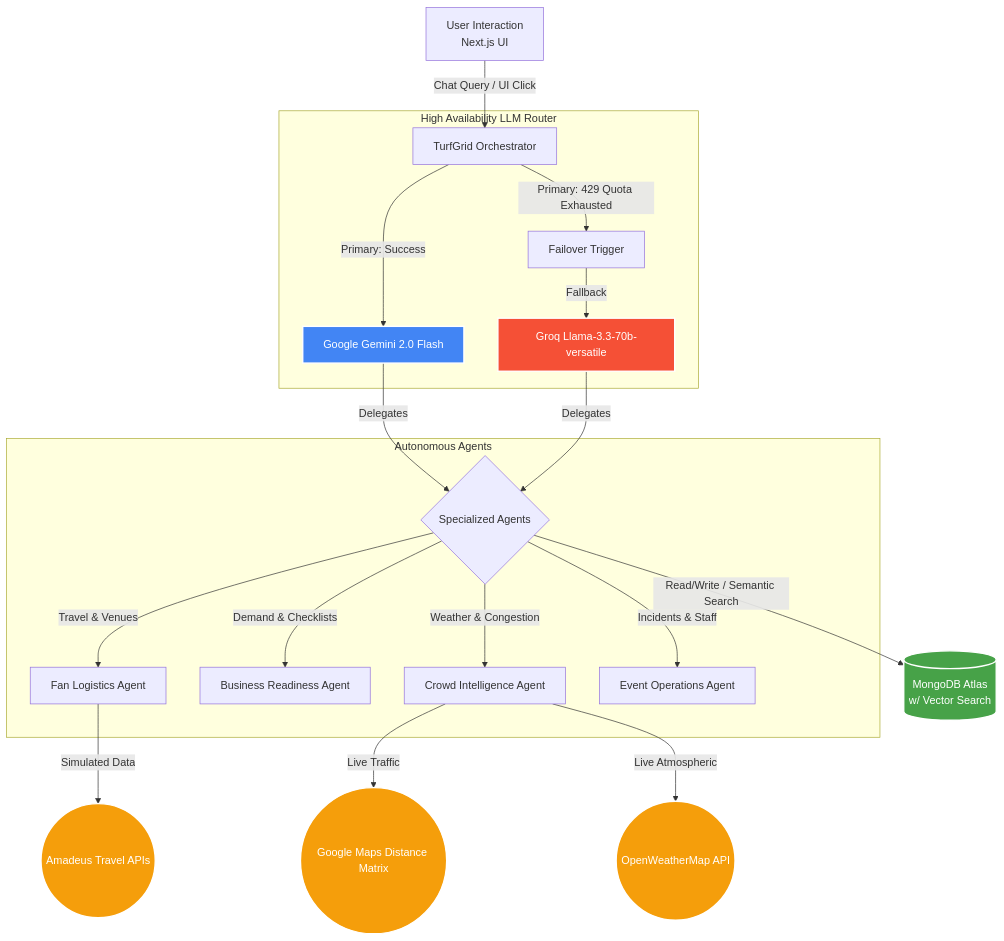
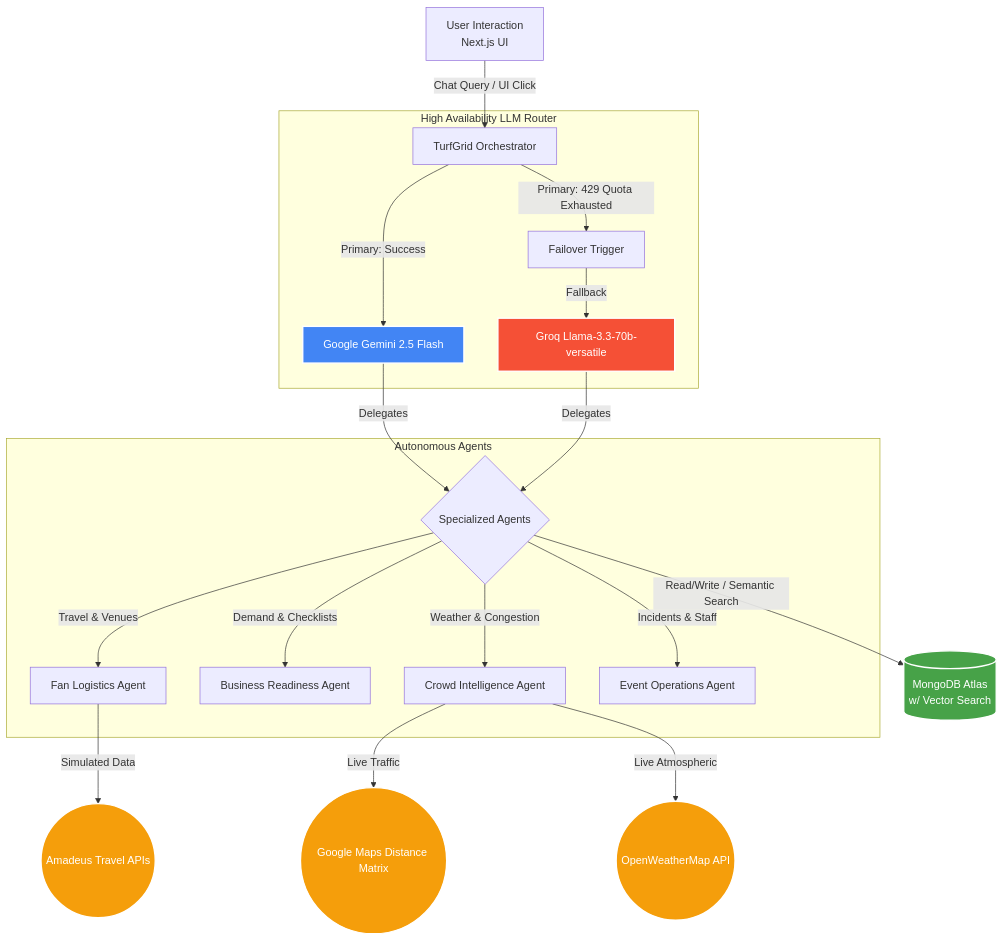
Before and after one commit to ayus1234/turfgrid-ai: the diagram in README.md, drawn with Mermaid. The commit also changed other lines of this file and 1 other file, not shown here.

Commit message:
Enhancement: Upgrade primary LLM to gemini-2.5-flash for increased quota and performance

````diff
--- a/README.md
+++ b/README.md
@@ -81,44 +81,44 @@
 ```mermaid
 graph TD
     %% User Interaction
     U[User Interaction<br/>Next.js UI] -->|Chat Query / UI Click| O
     
     %% Orchestrator & High Availability
     subgraph High Availability LLM Router
         O[TurfGrid Orchestrator]
-        O -->|Primary: Success| G[Google Gemini 2.0 Flash]
+        O -->|Primary: Success| G[Google Gemini 2.5 Flash]
         O -->|Primary: 429 Quota Exhausted| F[Failover Trigger]
         F -->|Fallback| L[Groq Llama-3.3-70b-versatile]
     end
 
     %% Specialized Agents
     G -->|Delegates| SA
     L -->|Delegates| SA
 
     subgraph Autonomous Agents
         SA{Specialized Agents}
         SA -->|Travel & Venues| FL[Fan Logistics Agent]
         SA -->|Demand & Checklists| BR[Business Readiness Agent]
         SA -->|Weather & Congestion| CI[Crowd Intelligence Agent]
         SA -->|Incidents & Staff| EO[Event Operations Agent]
     end
 
     %% External APIs & Tools
     FL -->|Simulated Data| T1((Amadeus Travel APIs))
     CI -->|Live Traffic| T2((Google Maps Distance Matrix))
     CI -->|Live Atmospheric| T3((OpenWeatherMap API))
 
     %% Database
     SA -->|Read/Write / Semantic Search| DB[(MongoDB Atlas<br/>w/ Vector Search)]
     
     %% Styling
     classDef primary fill:#4285F4,stroke:#fff,stroke-width:2px,color:#fff;
     classDef fallback fill:#F55036,stroke:#fff,stroke-width:2px,color:#fff;
     classDef db fill:#47A248,stroke:#fff,stroke-width:2px,color:#fff;
     classDef tool fill:#f59e0b,stroke:#fff,stroke-width:2px,color:#fff;
     
     class G primary;
     class L fallback;
     class DB db;
     class T1,T2,T3 tool;
 ```
````
